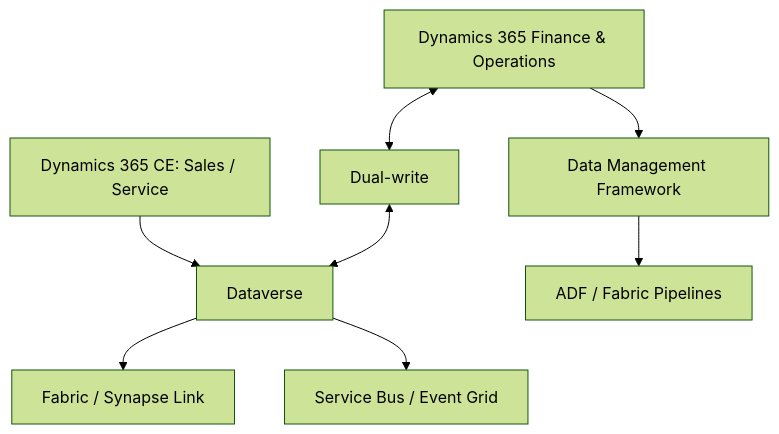
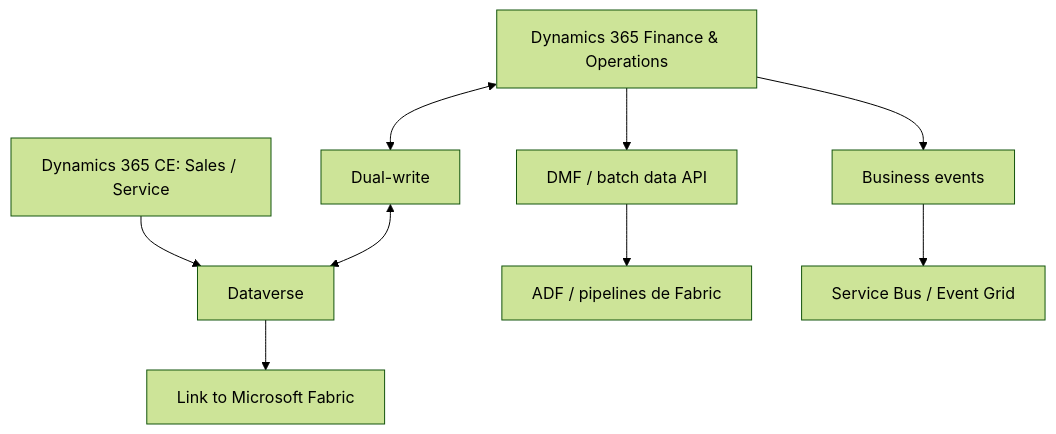
Before and after one commit to EdwingAlarcon/PlanEstudio: the second of 2 diagrams in app-elearning/content/modules/arquitecto/34-azure-integration-services-avanzado.md, drawn with Mermaid (forest theme). The commit also changed other lines of this file and 59 other files, not shown here.

````diff
--- a/app-elearning/content/modules/arquitecto/34-azure-integration-services-avanzado.md
+++ b/app-elearning/content/modules/arquitecto/34-azure-integration-services-avanzado.md
@@ -80,10 +95,11 @@
 ```mermaid
 graph TD
   CE["Dynamics 365 CE: Sales / Service"] --> DV["Dataverse"]
   FO["Dynamics 365 Finance & Operations"] <--> DW["Dual-write"]
   DW <--> DV
-  FO --> DMF["Data Management Framework"]
-  DMF --> ADF["ADF / Fabric Pipelines"]
-  DV --> FAB["Fabric / Synapse Link"]
-  DV --> SB["Service Bus / Event Grid"]
+  FO --> DMF["DMF / batch data API"]
+  DMF --> ADF["ADF / pipelines de Fabric"]
+  FO --> BE["Business events"]
+  BE --> SB["Service Bus / Event Grid"]
+  DV --> FAB["Link to Microsoft Fabric"]
 ```
````
